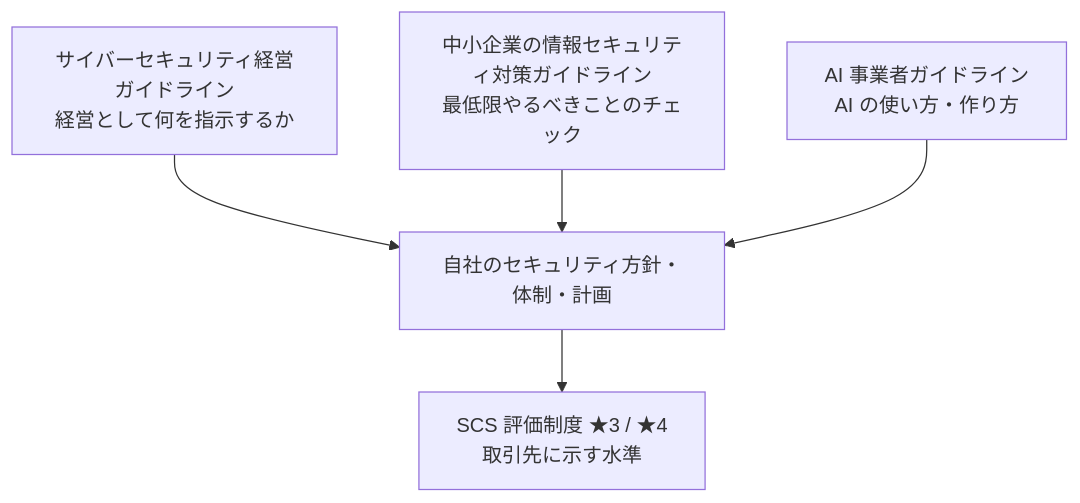
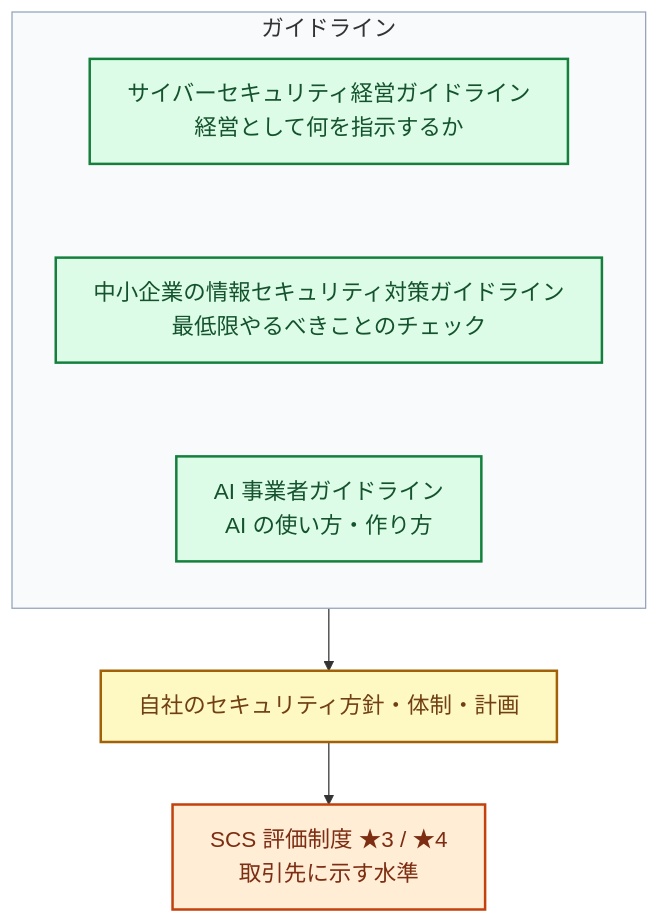
One commit to rkawajiri/zenn-content changed the first of 2 diagrams in books/security-roadmap-ja/03-yardsticks.md. Above: the diagram before and after it, drawn with Mermaid. The commit also changed other lines of this file and 9 other files, not shown here.

First line of the commit message:
redraw diagrams vertically with larger text and a consistent color palette; split tool-map and final-state diagrams

````diff
--- a/books/security-roadmap-ja/03-yardsticks.md
+++ b/books/security-roadmap-ja/03-yardsticks.md
@@ -188,7 +188,18 @@
 ```mermaid
+%%{init: {"themeVariables": {"fontSize": "18px"}, "flowchart": {"wrappingWidth": 400}}}%%
 flowchart TB
-  A[サイバーセキュリティ経営ガイドライン<br>経営として何を指示するか] --> C[自社のセキュリティ方針・体制・計画]
-  B[中小企業の情報セキュリティ対策ガイドライン<br>最低限やるべきことのチェック] --> C
-  D[AI 事業者ガイドライン<br>AI の使い方・作り方] --> C
-  C --> E[SCS 評価制度 ★3 / ★4<br>取引先に示す水準]
+  A["サイバーセキュリティ経営ガイドライン<br>経営として何を指示するか"]:::gov
+  B["中小企業の情報セキュリティ対策ガイドライン<br>最低限やるべきことのチェック"]:::gov
+  D["AI 事業者ガイドライン<br>AI の使い方・作り方"]:::gov
+  C["自社のセキュリティ方針・体制・計画"]:::q
+  E["SCS 評価制度 ★3 / ★4<br>取引先に示す水準"]:::cloud
+  subgraph G["ガイドライン"]
+    direction TB
+    A ~~~ B ~~~ D
+  end
+  G --> C --> E
+  style G fill:#f8fafc,stroke:#94a3b8
+  classDef gov fill:#dcfce7,stroke:#15803d,color:#14532d,stroke-width:2px
+  classDef q fill:#fef9c3,stroke:#a16207,color:#713f12,stroke-width:2px
+  classDef cloud fill:#ffedd5,stroke:#c2410c,color:#7c2d12,stroke-width:2px
 ```
````
